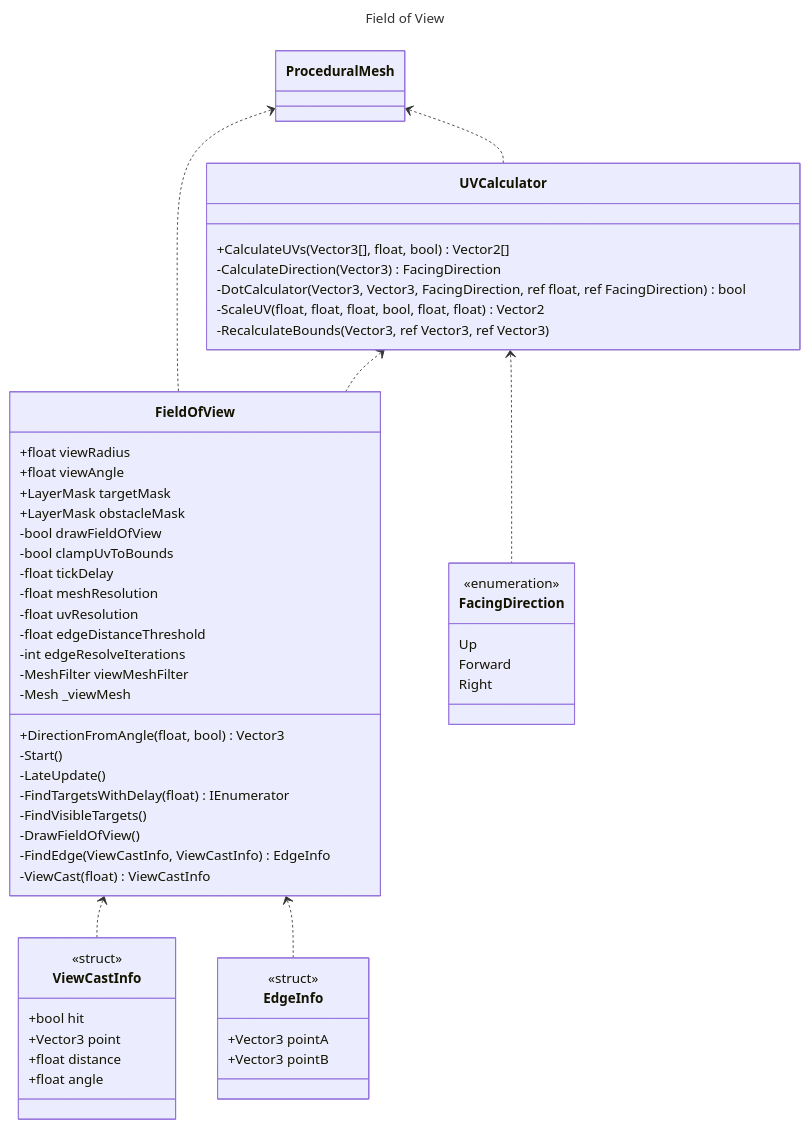
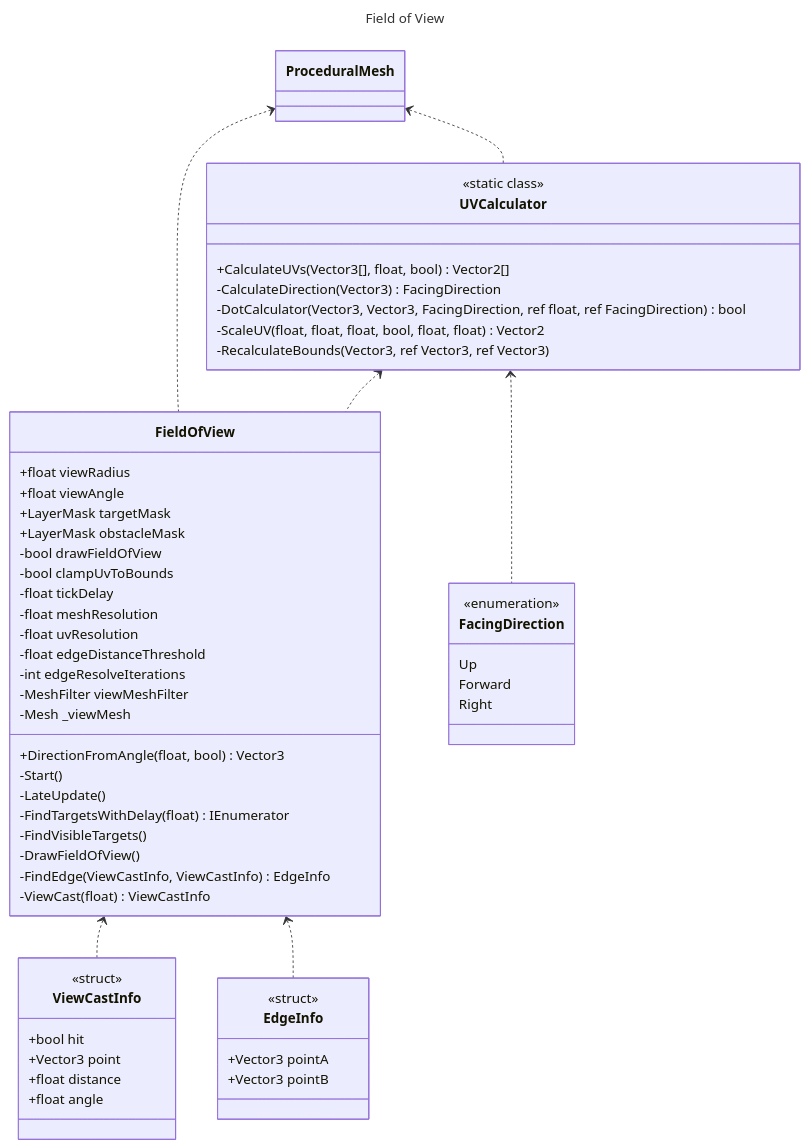
One commit to Calvin-Davidson/Examen changed the first of 3 diagrams in README.md. Above: the diagram before and after it, drawn with Mermaid.

Commit message:
Added static class note

````diff
--- a/README.md
+++ b/README.md
@@ -49,65 +49,66 @@
 ```mermaid
 ---
 title: Field of View
 ---
 classDiagram
     FieldOfView <.. ViewCastInfo
     FieldOfView <.. EdgeInfo
     UVCalculator <.. FacingDirection
     ProceduralMesh <.. FieldOfView
     UVCalculator <.. FieldOfView
     ProceduralMesh <.. UVCalculator
     class ViewCastInfo{
         <<struct>>
         +bool hit
 		    +Vector3 point
 		    +float distance
 		    +float angle
     }
     class EdgeInfo{
         <<struct>>
         +Vector3 pointA
 		    +Vector3 pointB
     }
     class FacingDirection{
         <<enumeration>>
         Up
         Forward
         Right
     }
     class FieldOfView{
         +float viewRadius
         +float viewAngle
         +LayerMask targetMask
         +LayerMask obstacleMask
 
         -bool drawFieldOfView
         -bool clampUvToBounds
         -float tickDelay
         -float meshResolution
         -float uvResolution
         -float edgeDistanceThreshold
         -int edgeResolveIterations
         -MeshFilter viewMeshFilter
         -Mesh _viewMesh
 
         +DirectionFromAngle(float, bool) Vector3
         -Start()
         -LateUpdate()
         -FindTargetsWithDelay(float) IEnumerator
         -FindVisibleTargets()
         -DrawFieldOfView()
         -FindEdge(ViewCastInfo, ViewCastInfo) EdgeInfo
         -ViewCast(float) ViewCastInfo
     }
     class UVCalculator{
+        <<static class>>
         +CalculateUVs(Vector3[], float, bool) Vector2[]
         -CalculateDirection(Vector3) FacingDirection
         -DotCalculator(Vector3, Vector3, FacingDirection, ref float, ref FacingDirection) bool
         -ScaleUV(float, float, float, bool, float, float) Vector2
         -RecalculateBounds(Vector3, ref Vector3, ref Vector3)
     }
     class ProceduralMesh {
 
     }
 ```
````
